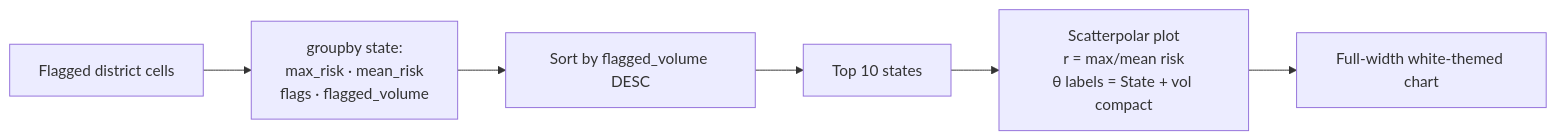
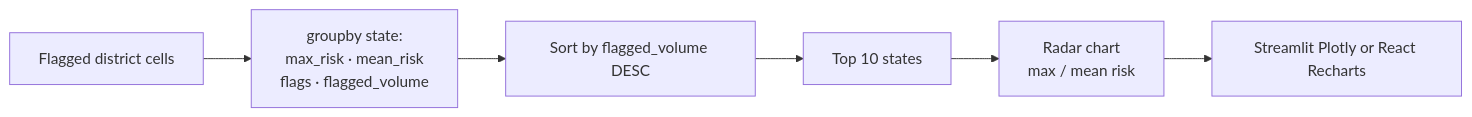
Before and after one commit to NetRunnerXD/Aadhaar-Intel-Engine-UIDAI: diagram 13 of 24 in flowchart.md, drawn with Mermaid. The commit also changed other lines of this file and 1 other file, not shown here.

First line of the commit message:
docs: update flowchart and feature parity for dual UI stack

````diff
--- a/flowchart.md
+++ b/flowchart.md
@@ -326,8 +439,8 @@
 ```mermaid
 flowchart LR
     AN[Flagged district cells] --> AGG["groupby state:<br/>max_risk · mean_risk<br/>flags · flagged_volume"]
     AGG --> SORT[Sort by flagged_volume DESC]
     SORT --> TOP[Top 10 states]
-    TOP --> POLAR["Scatterpolar plot<br/>r = max/mean risk<br/>θ labels = State + vol compact"]
-    POLAR --> UI[Full-width white-themed chart]
+    TOP --> POLAR["Radar chart<br/>max / mean risk"]
+    POLAR --> UI[Streamlit Plotly or React Recharts]
 ```
````
